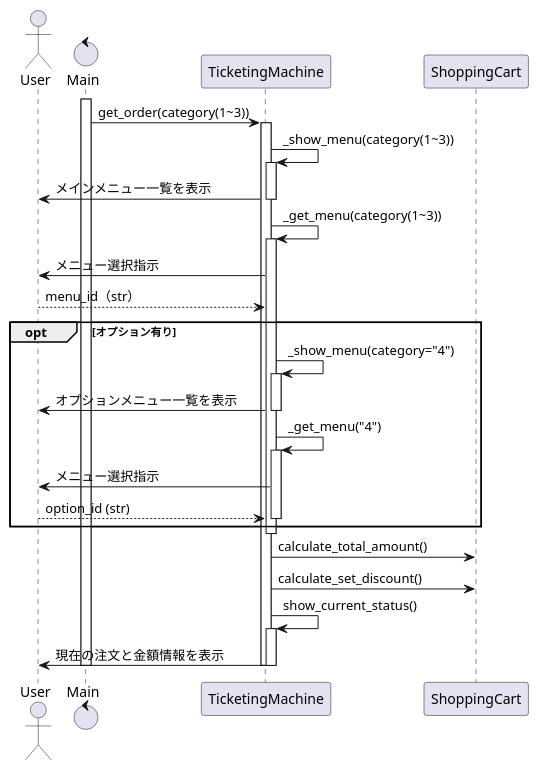
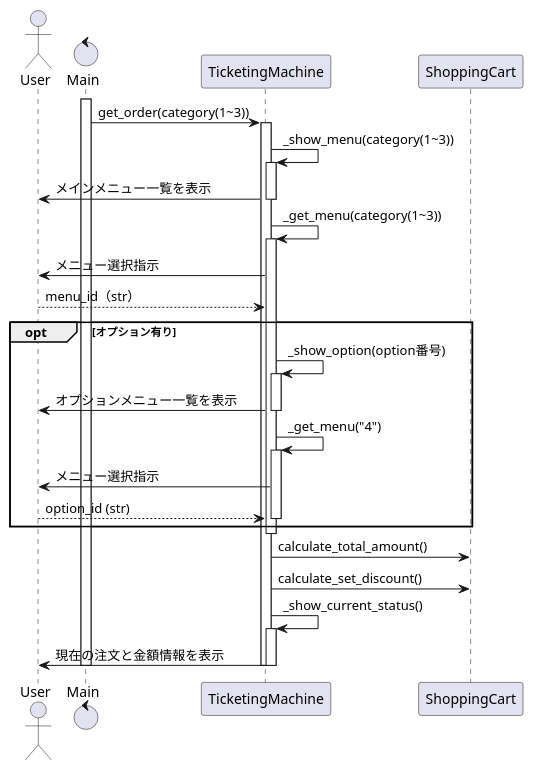
The fifth of 6 diagrams in AP_H31_Spring_PM03/Suzuki/try1/ticket_machine.md (Design-Practice-Team/design), drawn with PlantUML before and after one commit. The commit also changed other lines of this file and 4 other files, not shown here.

````diff
--- a/AP_H31_Spring_PM03/Suzuki/try1/ticket_machine.md
+++ b/AP_H31_Spring_PM03/Suzuki/try1/ticket_machine.md
@@ -237,49 +238,49 @@
 ```plantuml
 @startuml
 actor User
 control Main
 participant TicketingMachine
 participant ShoppingCart
 
 activate Main
 
 Main -> TicketingMachine : get_order(category(1~3))
 activate TicketingMachine
     TicketingMachine -> TicketingMachine : _show_menu(category(1~3))
     activate TicketingMachine
     TicketingMachine -> User : メインメニュー一覧を表示
     deactivate TicketingMachine
 
     TicketingMachine -> TicketingMachine : _get_menu(category(1~3))
     activate TicketingMachine
     TicketingMachine -> User : メニュー選択指示
     User --> TicketingMachine : menu_id（str）
 
     opt オプション有り
-        TicketingMachine -> TicketingMachine : _show_menu(category="4")
+        TicketingMachine -> TicketingMachine : _show_option(option番号)
         activate TicketingMachine
         TicketingMachine -> User : オプションメニュー一覧を表示
         deactivate TicketingMachine
 
         TicketingMachine -> TicketingMachine : _get_menu("4")
         activate TicketingMachine
         TicketingMachine -> User : メニュー選択指示
         User --> TicketingMachine : option_id (str)
         deactivate TicketingMachine
     end
     deactivate TicketingMachine
 
     TicketingMachine -> ShoppingCart : calculate_total_amount()
     TicketingMachine -> ShoppingCart : calculate_set_discount()
 
-    TicketingMachine -> TicketingMachine : show_current_status()
+    TicketingMachine -> TicketingMachine : _show_current_status()
     activate TicketingMachine
     TicketingMachine -> User : 現在の注文と金額情報を表示
     deactivate TicketingMachine
 
     deactivate TicketingMachine
 
 deactivate Main
 
 @enduml
 ```
````
